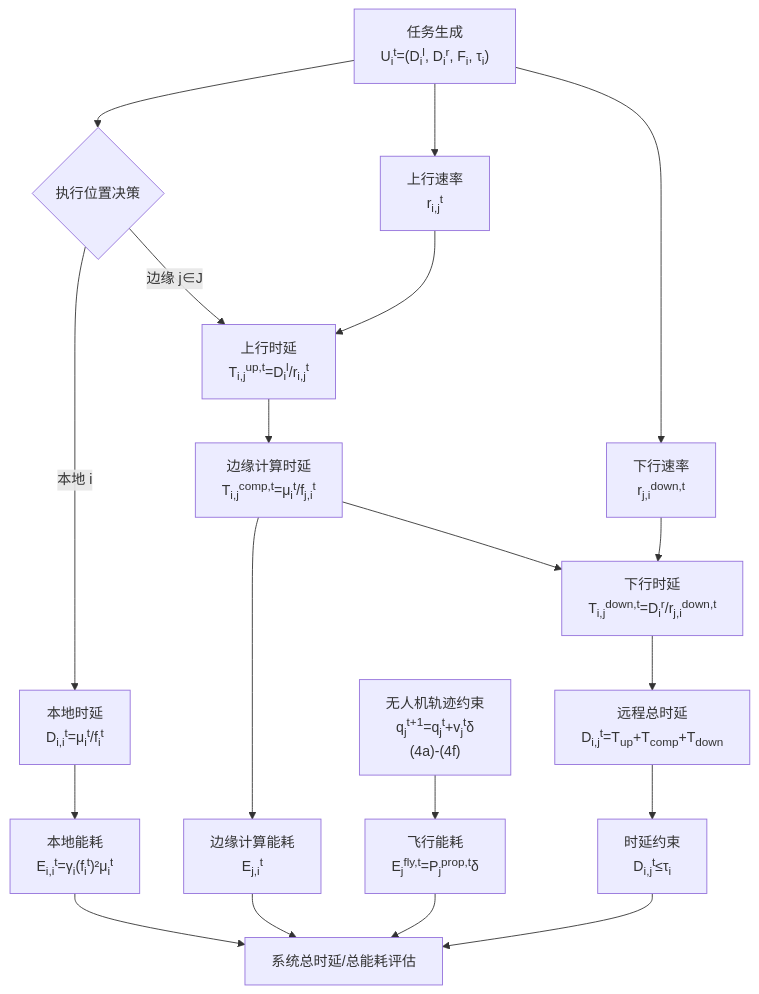
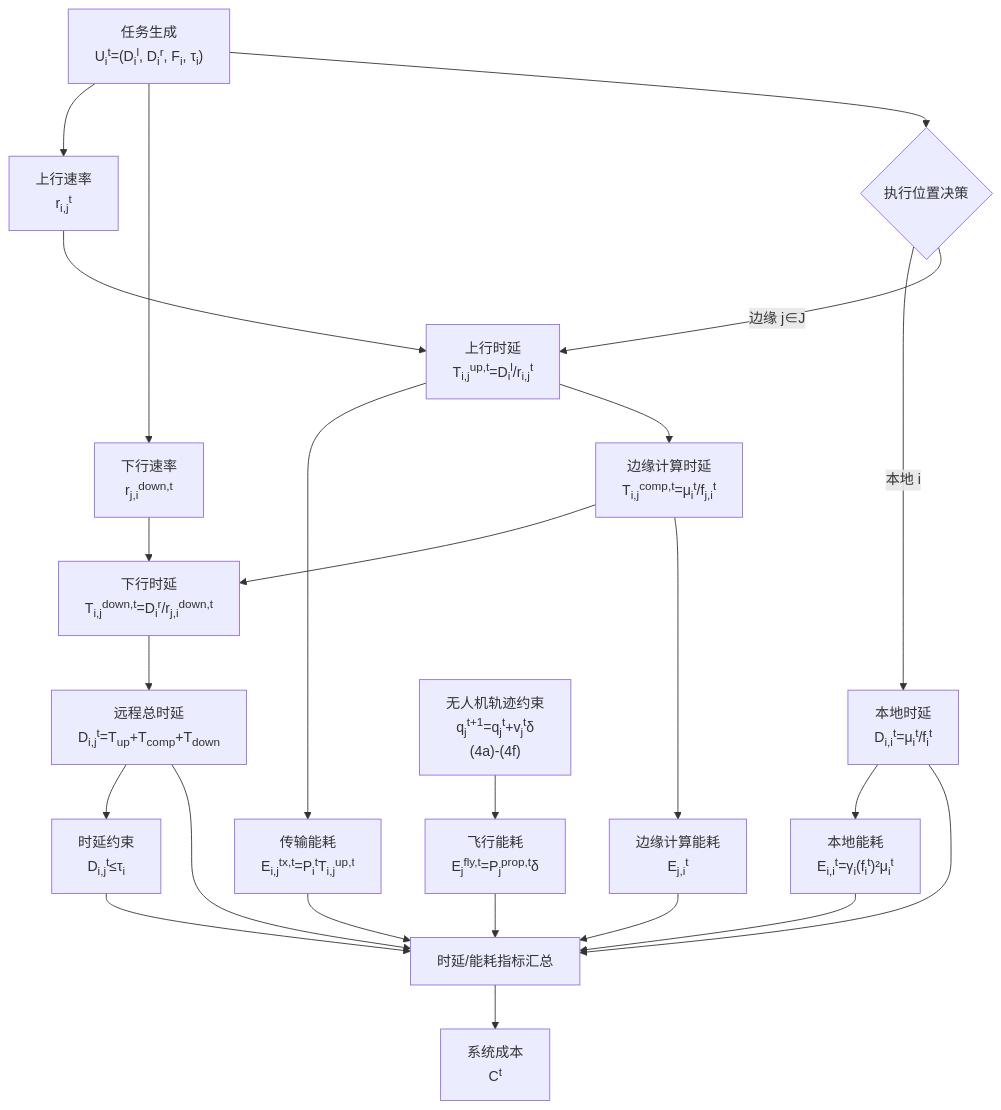
The diagram in 文档/公式.md (Daisy-1515/llm-guided-mod-optimization), drawn with Mermaid before and after one commit.

Commit message:
Update flowchart to reflect system cost model
- Add transmission energy node (TX)
- Add metrics aggregation node
- Add system cost node (C^t)
- Show how all delay and energy metrics converge to final cost

````diff
--- a/文档/公式.md
+++ b/文档/公式.md
@@ -309,34 +309,40 @@
 ```mermaid
 flowchart TD
     A["任务生成<br/>U<sub>i</sub><sup>t</sup>=(D<sub>i</sub><sup>l</sup>, D<sub>i</sub><sup>r</sup>, F<sub>i</sub>, τ<sub>i</sub>)"]
     B["上行速率<br/>r<sub>i,j</sub><sup>t</sup>"]
     B2["下行速率<br/>r<sub>j,i</sub><sup>down,t</sup>"]
     C{"执行位置决策"}
 
     A --> B
     A --> B2
     A --> C
 
     C -->|本地 i| D["本地时延<br/>D<sub>i,i</sub><sup>t</sup>=μ<sub>i</sub><sup>t</sup>/f<sub>i</sub><sup>t</sup>"]
     D --> F["本地能耗<br/>E<sub>i,i</sub><sup>t</sup>=γ<sub>i</sub>(f<sub>i</sub><sup>t</sup>)²μ<sub>i</sub><sup>t</sup>"]
 
     C -->|边缘 j∈J| U1["上行时延<br/>T<sub>i,j</sub><sup>up,t</sup>=D<sub>i</sub><sup>l</sup>/r<sub>i,j</sub><sup>t</sup>"]
     B --> U1
+    U1 --> TX["传输能耗<br/>E<sub>i,j</sub><sup>tx,t</sup>=P<sub>i</sub><sup>t</sup>T<sub>i,j</sub><sup>up,t</sup>"]
     U1 --> U2["边缘计算时延<br/>T<sub>i,j</sub><sup>comp,t</sup>=μ<sub>i</sub><sup>t</sup>/f<sub>j,i</sub><sup>t</sup>"]
     U2 --> U3["下行时延<br/>T<sub>i,j</sub><sup>down,t</sup>=D<sub>i</sub><sup>r</sup>/r<sub>j,i</sub><sup>down,t</sup>"]
     B2 --> U3
 
     U3 --> R1["远程总时延<br/>D<sub>i,j</sub><sup>t</sup>=T<sub>up</sub>+T<sub>comp</sub>+T<sub>down</sub>"]
     R1 --> K["时延约束<br/>D<sub>i,j</sub><sup>t</sup>≤τ<sub>i</sub>"]
 
     U2 --> E["边缘计算能耗<br/>E<sub>j,i</sub><sup>t</sup>"]
     H["无人机轨迹约束<br/>q<sub>j</sub><sup>t+1</sup>=q<sub>j</sub><sup>t</sup>+v<sub>j</sub><sup>t</sup>δ<br/>(4a)-(4f)"]
     G["飞行能耗<br/>E<sub>j</sub><sup>fly,t</sup>=P<sub>j</sub><sup>prop,t</sup>δ"]
 
     H --> G
 
-    F --> I["系统总时延/总能耗评估"]
+    D --> I["时延/能耗指标汇总"]
+    R1 --> I
+    F --> I
+    TX --> I
     E --> I
     G --> I
     K --> I
+
+    I --> J["系统成本<br/>C<sup>t</sup>"]
 ```
````
